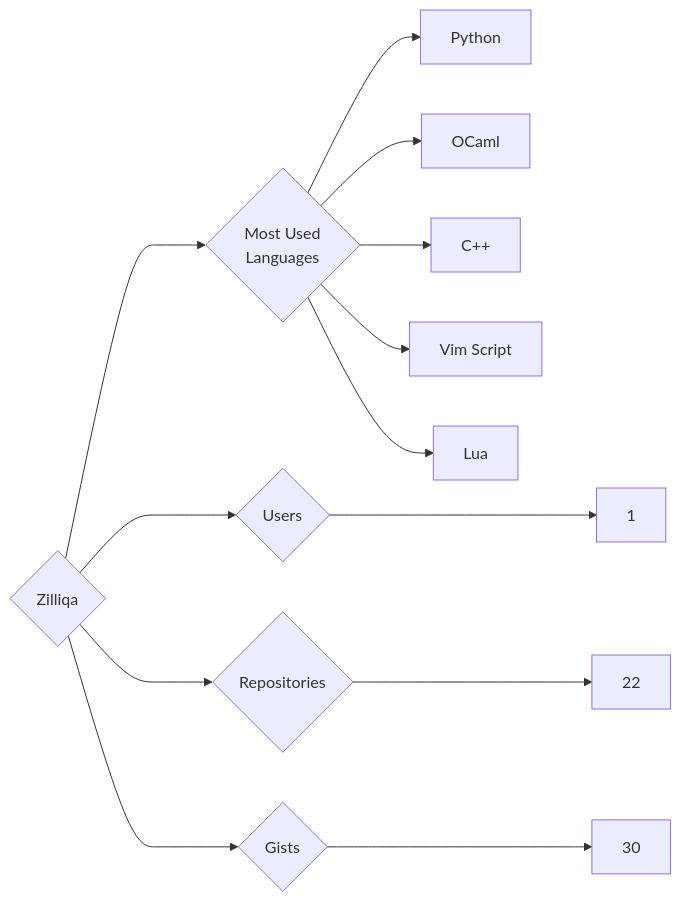
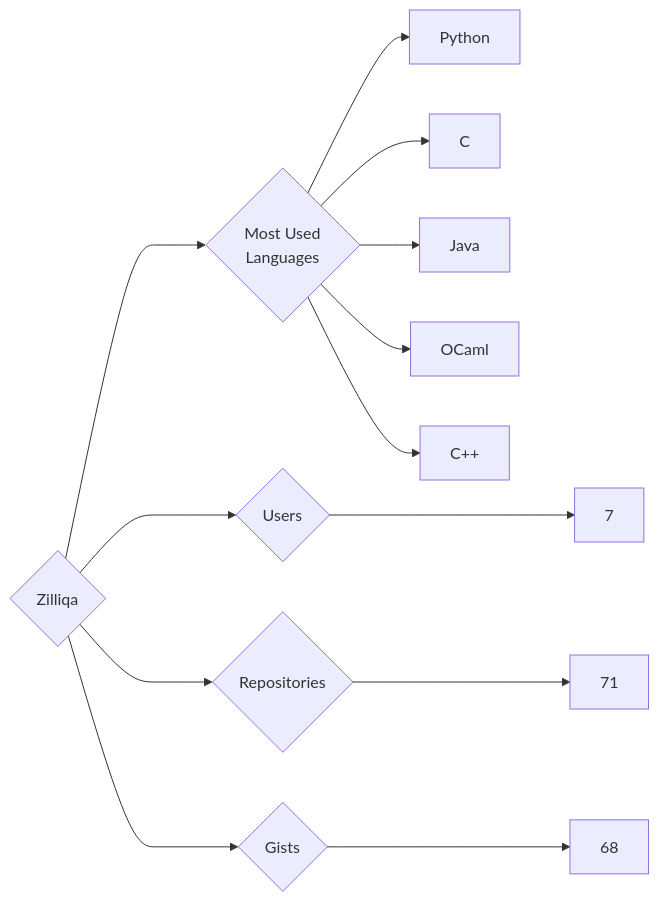
One commit to trickest/insiders changed the diagram in targets/Zilliqa/README.md. Above: the diagram before and after it, drawn with Mermaid. The commit also changed 835 other files, not shown here.

````diff
--- a/targets/Zilliqa/README.md
+++ b/targets/Zilliqa/README.md
@@ -3,13 +3,13 @@
 ```mermaid
 graph LR
 COMPANY_NAME{Zilliqa}
-COMPANY_NAME ---> U{Users} ---> UN[1]
-COMPANY_NAME ---> R{Repositories} ---> RN[22]
-COMPANY_NAME ---> G{Gists} ---> GN[30]
+COMPANY_NAME ---> U{Users} ---> UN[7]
+COMPANY_NAME ---> R{Repositories} ---> RN[71]
+COMPANY_NAME ---> G{Gists} ---> GN[68]
 COMPANY_NAME ---> ML{Most Used<br>Languages}
 ML --> Python[Python]
+ML --> C[C]
+ML --> Java[Java]
 ML --> OCaml[OCaml]
 ML --> C++[C++]
-ML --> Vim_Script[Vim Script]
-ML --> Lua[Lua]
 ```
````
